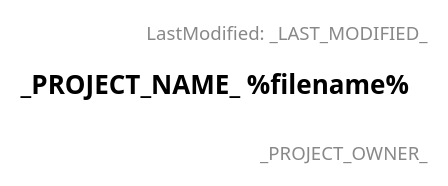
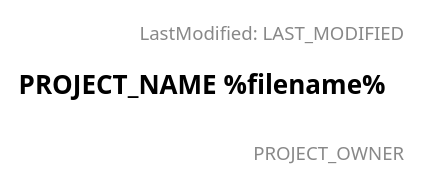
The diagram in config/layout.puml (mawatari/example-project-uml), drawn with PlantUML before and after one commit.

```diff
--- a/config/layout.puml
+++ b/config/layout.puml
@@ -1,3 +1,3 @@
-right header LastModified: _LAST_MODIFIED_
-right footer _PROJECT_OWNER_
-title _PROJECT_NAME_ %filename%
+right header LastModified: LAST_MODIFIED
+right footer PROJECT_OWNER
+title PROJECT_NAME %filename%
```
